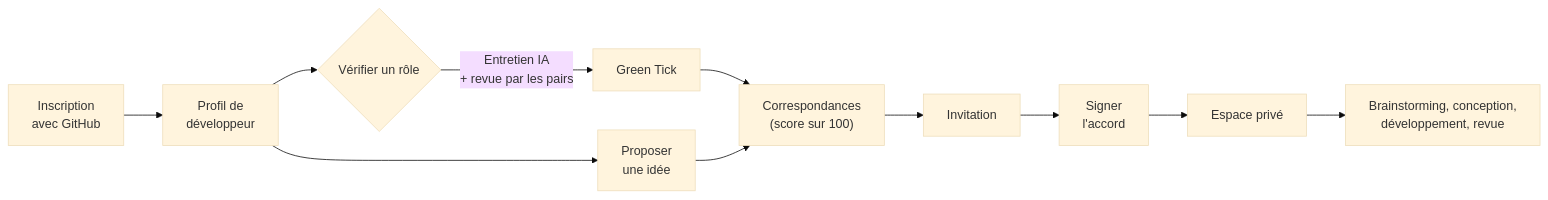
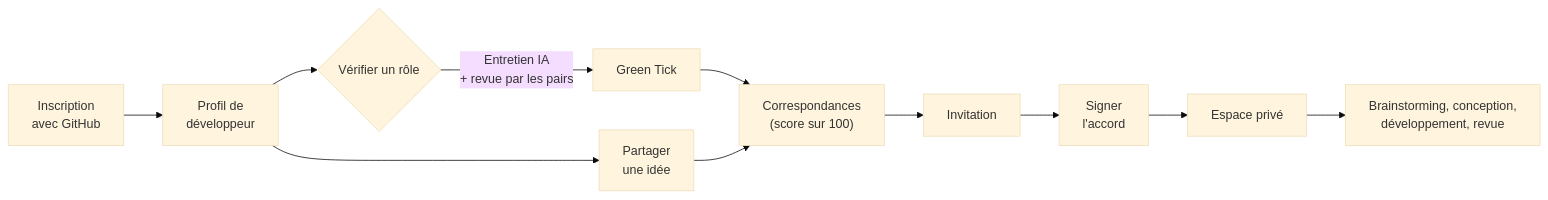
Before and after one commit to AI-UNIPOD/Village-Sqwhere-ACODEV: the first of 3 diagrams in README.fr.md, drawn with Mermaid (base theme). The commit also changed other lines of this file and 1 other file, not shown here.

````diff
--- a/README.fr.md
+++ b/README.fr.md
@@ -66,13 +121,13 @@
 ```mermaid
 flowchart LR
   A["Inscription<br />avec GitHub"] --> B["Profil de<br />développeur"]
   B --> V{"Vérifier un rôle"}
   V -- "Entretien IA<br />+ revue par les pairs" --> G["Green Tick"]
-  B --> C["Proposer<br />une idée"]
+  B --> C["Partager<br />une idée"]
   G --> M
   C --> M["Correspondances<br />(score sur 100)"]
   M --> I["Invitation"]
   I --> S["Signer<br />l'accord"]
   S --> H["Espace privé"]
   H --> P["Brainstorming, conception,<br />développement, revue"]
 ```
````
